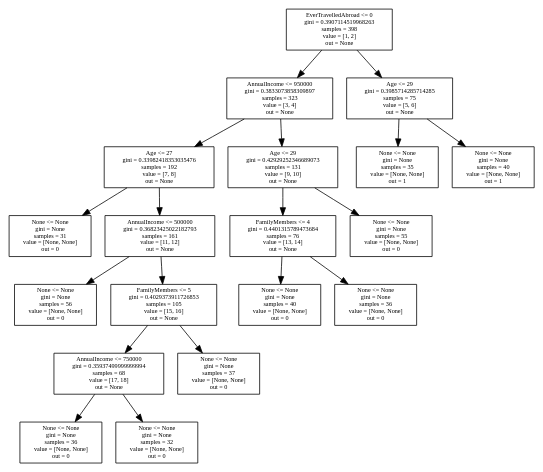
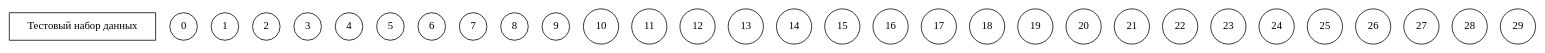
Before and after one commit to StukaloDunice/algoritms_analysis_data: the diagram in doctest-output/Digraph.gv, drawn with Graphviz. The commit also changed 9 other files, not shown here.

```diff
--- a/doctest-output/Digraph.gv
+++ b/doctest-output/Digraph.gv
@@ -1,116 +1,35 @@
 digraph {
-	node [fontsize=8 shape=box]
-	0 [label="EverTravelledAbroad <= 0
- gini = 0.3907114519968263
- samples = 398
- value = [1, 2] 
- out = None"]
-	1 [label="AnnualIncome <= 950000
- gini = 0.3833073858309897
- samples = 323
- value = [3, 4] 
- out = None"]
-	2 [label="Age <= 29
- gini = 0.3985714285714285
- samples = 75
- value = [5, 6] 
- out = None"]
-	3 [label="Age <= 27
- gini = 0.33982418353035476
- samples = 192
- value = [7, 8] 
- out = None"]
-	4 [label="Age <= 29
- gini = 0.42929252346689073
- samples = 131
- value = [9, 10] 
- out = None"]
-	5 [label="None <= None
- gini = None
- samples = 35
- value = [None, None] 
- out = 1"]
-	6 [label="None <= None
- gini = None
- samples = 40
- value = [None, None] 
- out = 1"]
-	7 [label="None <= None
- gini = None
- samples = 31
- value = [None, None] 
- out = 0"]
-	8 [label="AnnualIncome <= 500000
- gini = 0.36823425022182793
- samples = 161
- value = [11, 12] 
- out = None"]
-	9 [label="FamilyMembers <= 4
- gini = 0.4401315789473684
- samples = 76
- value = [13, 14] 
- out = None"]
-	10 [label="None <= None
- gini = None
- samples = 55
- value = [None, None] 
- out = 0"]
-	11 [label="None <= None
- gini = None
- samples = 56
- value = [None, None] 
- out = 0"]
-	12 [label="FamilyMembers <= 5
- gini = 0.4029373911726853
- samples = 105
- value = [15, 16] 
- out = None"]
-	13 [label="None <= None
- gini = None
- samples = 40
- value = [None, None] 
- out = 0"]
-	14 [label="None <= None
- gini = None
- samples = 36
- value = [None, None] 
- out = 0"]
-	15 [label="AnnualIncome <= 750000
- gini = 0.35937499999999994
- samples = 68
- value = [17, 18] 
- out = None"]
-	16 [label="None <= None
- gini = None
- samples = 37
- value = [None, None] 
- out = 0"]
-	17 [label="None <= None
- gini = None
- samples = 36
- value = [None, None] 
- out = 0"]
-	18 [label="None <= None
- gini = None
- samples = 32
- value = [None, None] 
- out = 0"]
-	0 -> 1
-	0 -> 2
-	1 -> 3
-	1 -> 4
-	2 -> 5
-	2 -> 6
-	3 -> 7
-	3 -> 8
-	4 -> 9
-	4 -> 10
-	8 -> 11
-	8 -> 12
-	9 -> 13
-	9 -> 14
-	12 -> 15
-	12 -> 16
-	15 -> 17
-	15 -> 18
+	node [shape=box]
+	-1 [label="Тестовый набор данных"]
+	node [shape=circle]
+	0 [label=0]
+	1 [label=1]
+	2 [label=2]
+	3 [label=3]
+	4 [label=4]
+	5 [label=5]
+	6 [label=6]
+	7 [label=7]
+	8 [label=8]
+	9 [label=9]
+	10 [label=10]
+	11 [label=11]
+	12 [label=12]
+	13 [label=13]
+	14 [label=14]
+	15 [label=15]
+	16 [label=16]
+	17 [label=17]
+	18 [label=18]
+	19 [label=19]
+	20 [label=20]
+	21 [label=21]
+	22 [label=22]
+	23 [label=23]
+	24 [label=24]
+	25 [label=25]
+	26 [label=26]
+	27 [label=27]
+	28 [label=28]
+	29 [label=29]
 }
```
